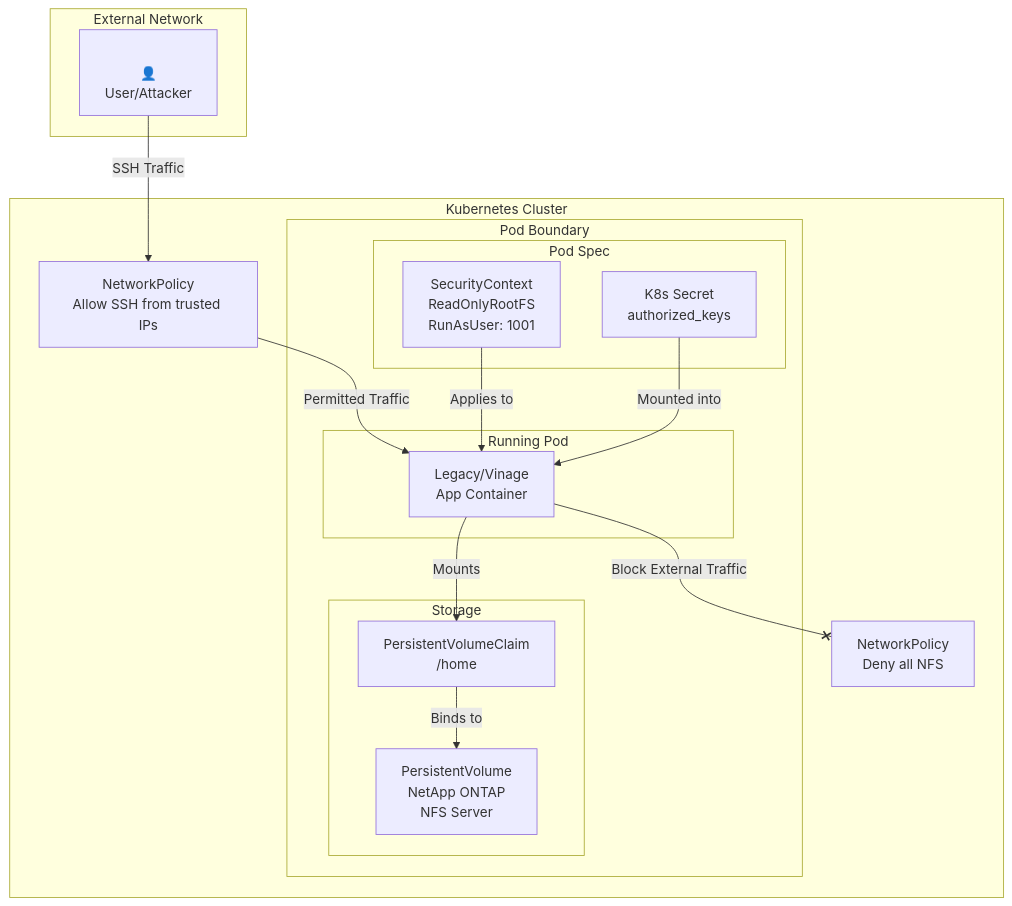
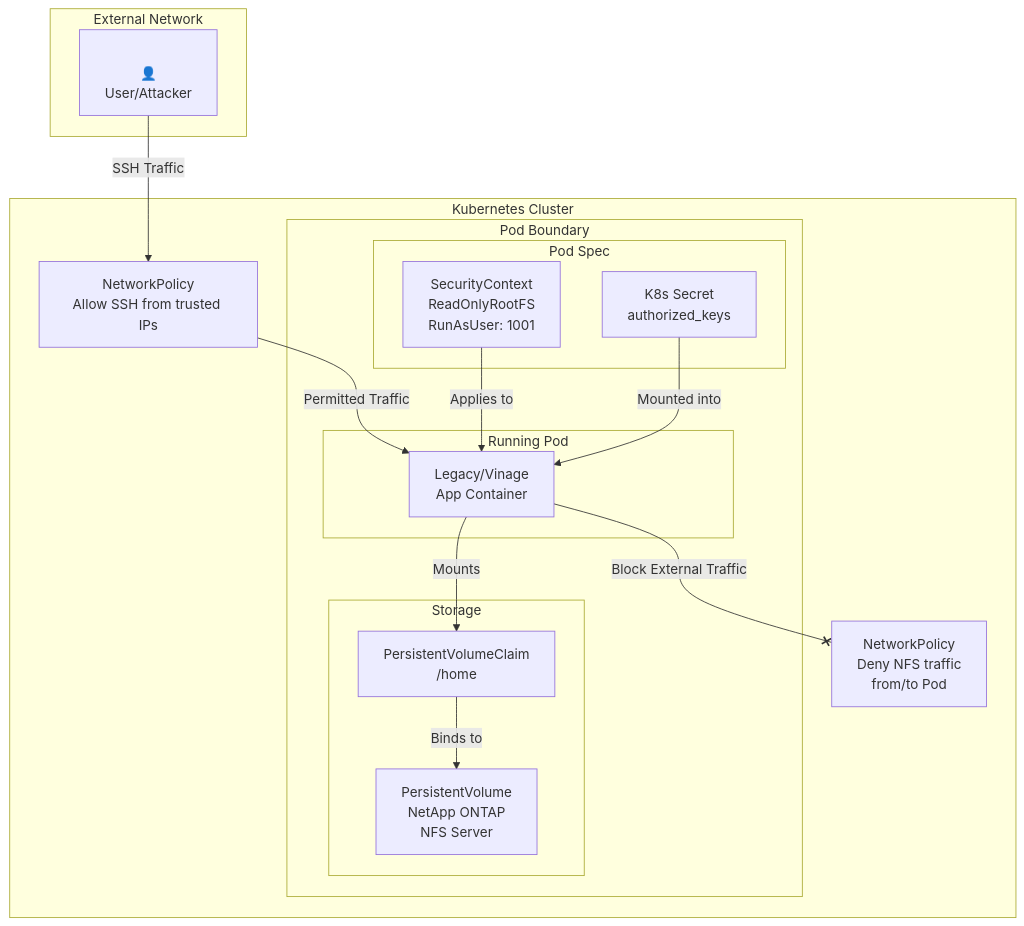
Before and after one commit to romdalf/romadams.com: the third of 7 diagrams in docs/portfolio/ntap/nfsv4auth/index.md, drawn with Mermaid.

Commit message:
update content

````diff
--- a/docs/portfolio/ntap/nfsv4auth/index.md
+++ b/docs/portfolio/ntap/nfsv4auth/index.md
@@ -173,37 +173,38 @@
 ```mermaid
 graph TD
     subgraph "External Network"
         User[<br>👤<br>User/Attacker]
     end
 
     subgraph "Kubernetes Cluster"
         NetPol[NetworkPolicy<br>Allow SSH from trusted IPs]
-        NetPolEgress[NetworkPolicy<br>Deny all NFS]
+        NetPolEgress[NetworkPolicy<br>Deny NFS traffic <br>from/to Pod]
 
         User -- "SSH Traffic" --> NetPol
 
         subgraph "Pod Boundary"            
             subgraph "Pod Spec"
                 SecContext[SecurityContext<br>ReadOnlyRootFS<br>RunAsUser: 1001]
                 K8sSecrets[K8s Secret<br>authorized_keys]
             end
 
             subgraph "Running Pod"
                 Container[Legacy/Vinage<br>App Container]
             end
             
             subgraph "Storage"
                PVC[PersistentVolumeClaim<br>/home]
                PV[PersistentVolume<br>NetApp ONTAP<br>NFS Server]  
             end
         end
         
 
         NetPol -- "Permitted Traffic" --> Container
         SecContext -- "Applies to" --> Container
         K8sSecrets -- "Mounted into" --> Container
         Container -- "Mounts" --> PVC
-        Container -- "Block External Traffic" --x NetPolEgress
         PVC -- "Binds to" --> PV
     end
+    Container -- "Block External Traffic" --x NetPolEgress
+
 ``` 
````
